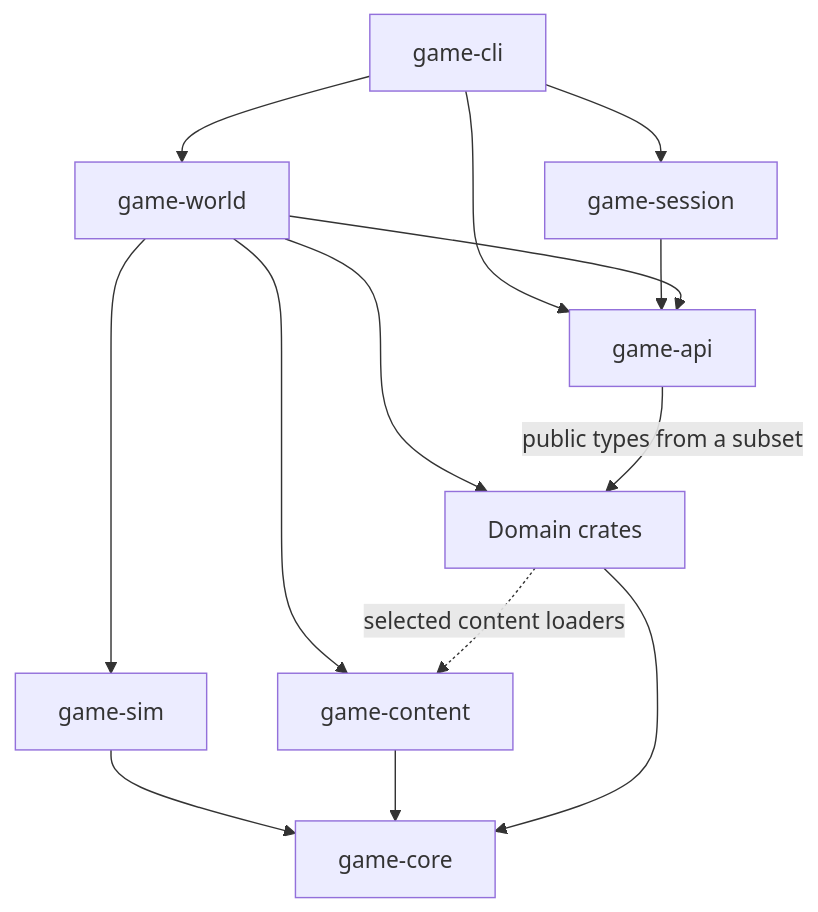
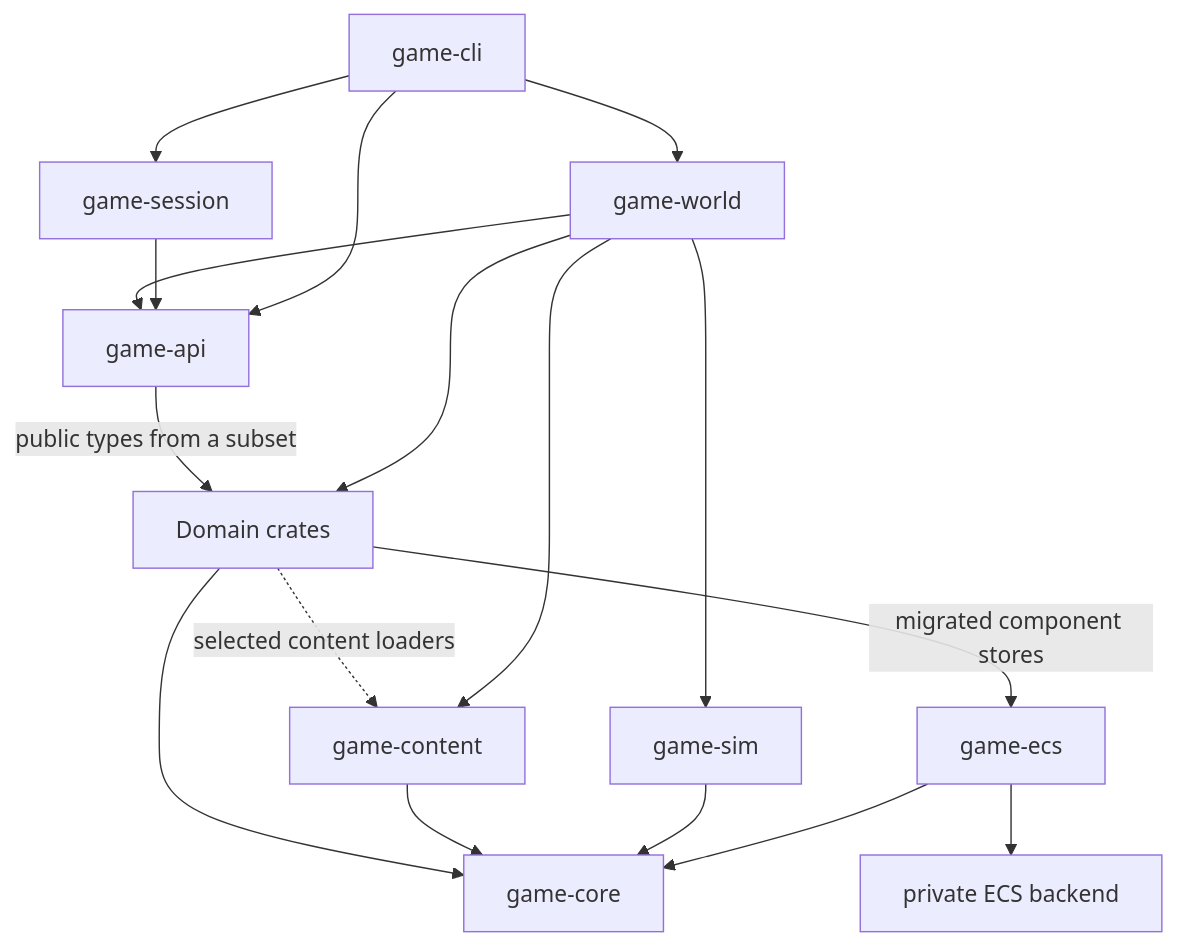
Before and after one commit to pmarathe25/Legacy: the diagram in crates/README.md, drawn with Mermaid. The commit also changed other lines of this file and 26 other files, not shown here.

````diff
--- a/crates/README.md
+++ b/crates/README.md
@@ -9,16 +9,19 @@
 ```mermaid
 flowchart TD
     CLI[game-cli] --> Session[game-session]
     CLI --> World[game-world]
     CLI --> API[game-api]
     Session --> API
     World --> API
     World --> Sim[game-sim]
     World --> Content[game-content]
+    Domains -->|migrated component stores| ECS[game-ecs]
+    ECS --> Core
+    ECS --> Backend[private ECS backend]
     World --> Domains[Domain crates]
     API -->|public types from a subset| Domains
     Sim --> Core[game-core]
     Content --> Core
     Domains --> Core
     Domains -. selected content loaders .-> Content
 ```
````
